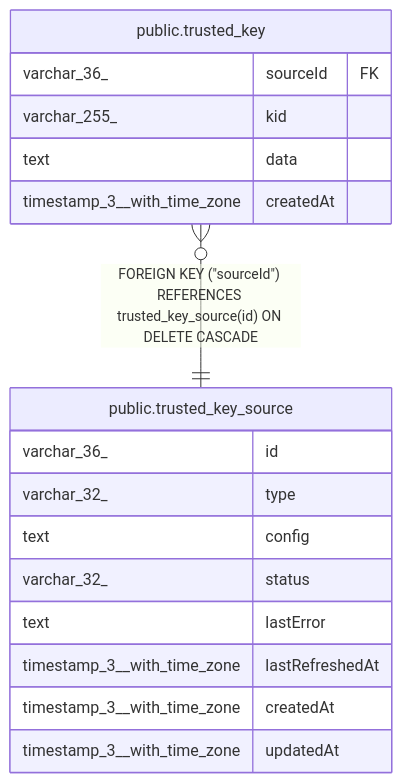
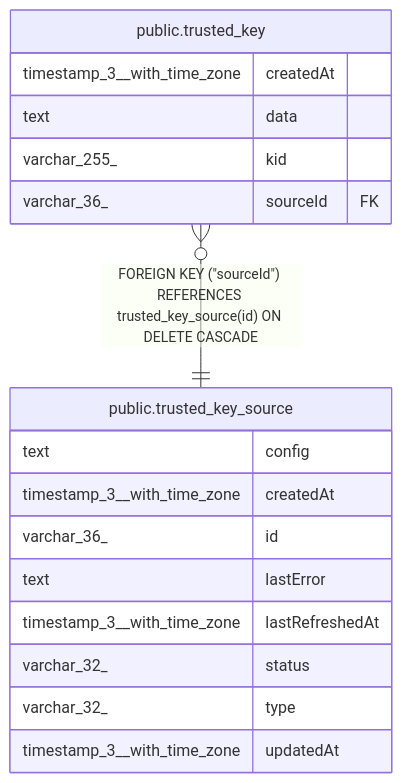
The diagram in docs/generated/postgres-schema/public.trusted_key.md (mayankjain1815-commits/n8n), drawn with Mermaid before and after one commit. The commit also changed other lines of this file and 221 other files, not shown here.

Commit message:
chore(core): Make DB schema docs generation deterministic (#32373)

````diff
--- a/docs/generated/postgres-schema/public.trusted_key.md
+++ b/docs/generated/postgres-schema/public.trusted_key.md
@@ -31,22 +31,22 @@
 ```mermaid
 erDiagram
 
 "public.trusted_key" }o--|| "public.trusted_key_source" : "FOREIGN KEY (#quot;sourceId#quot;) REFERENCES trusted_key_source(id) ON DELETE CASCADE"
 
 "public.trusted_key" {
+  timestamp_3__with_time_zone createdAt
+  text data
+  varchar_255_ kid
   varchar_36_ sourceId FK
-  varchar_255_ kid
-  text data
-  timestamp_3__with_time_zone createdAt
 }
 "public.trusted_key_source" {
+  text config
+  timestamp_3__with_time_zone createdAt
   varchar_36_ id
-  varchar_32_ type
-  text config
-  varchar_32_ status
   text lastError
   timestamp_3__with_time_zone lastRefreshedAt
-  timestamp_3__with_time_zone createdAt
+  varchar_32_ status
+  varchar_32_ type
   timestamp_3__with_time_zone updatedAt
 }
 ```
````
